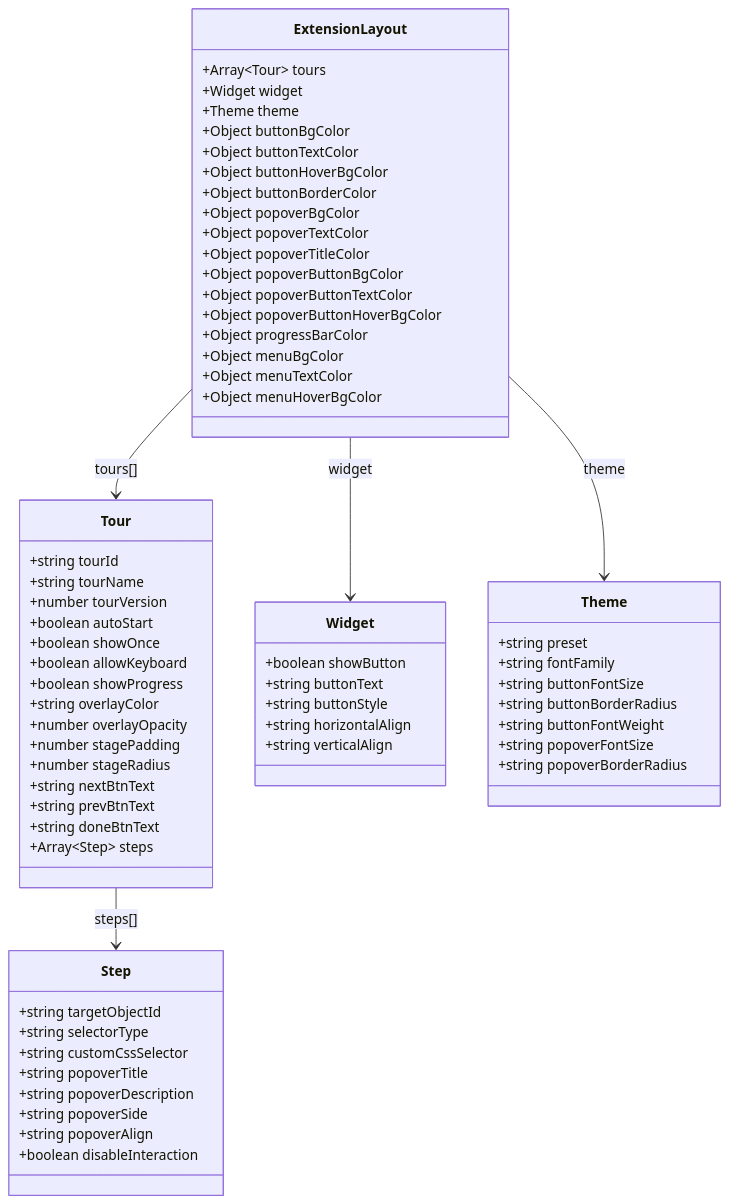
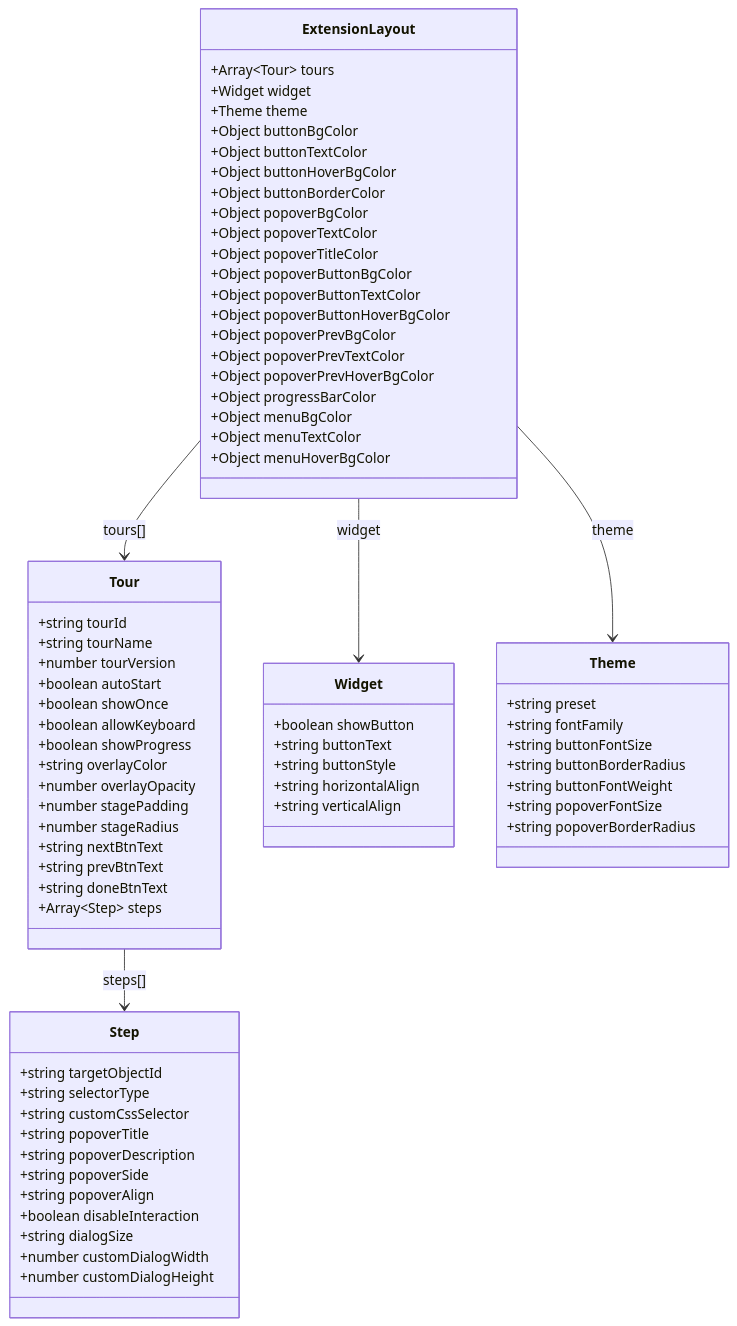
The first of 5 diagrams in docs/TOUR-SYSTEM.md (ptarmiganlabs/onboard.qs), drawn with Mermaid before and after one commit. The commit also changed other lines of this file and 7 other files, not shown here.

````diff
--- a/docs/TOUR-SYSTEM.md
+++ b/docs/TOUR-SYSTEM.md
@@ -9,74 +9,80 @@
 ```mermaid
 classDiagram
     class ExtensionLayout {
         +Array~Tour~ tours
         +Widget widget
         +Theme theme
         +Object buttonBgColor
         +Object buttonTextColor
         +Object buttonHoverBgColor
         +Object buttonBorderColor
         +Object popoverBgColor
         +Object popoverTextColor
         +Object popoverTitleColor
         +Object popoverButtonBgColor
         +Object popoverButtonTextColor
         +Object popoverButtonHoverBgColor
+        +Object popoverPrevBgColor
+        +Object popoverPrevTextColor
+        +Object popoverPrevHoverBgColor
         +Object progressBarColor
         +Object menuBgColor
         +Object menuTextColor
         +Object menuHoverBgColor
     }
 
     class Tour {
         +string tourId
         +string tourName
         +number tourVersion
         +boolean autoStart
         +boolean showOnce
         +boolean allowKeyboard
         +boolean showProgress
         +string overlayColor
         +number overlayOpacity
         +number stagePadding
         +number stageRadius
         +string nextBtnText
         +string prevBtnText
         +string doneBtnText
         +Array~Step~ steps
     }
 
     class Step {
         +string targetObjectId
         +string selectorType
         +string customCssSelector
         +string popoverTitle
         +string popoverDescription
         +string popoverSide
         +string popoverAlign
         +boolean disableInteraction
+        +string dialogSize
+        +number customDialogWidth
+        +number customDialogHeight
     }
 
     class Widget {
         +boolean showButton
         +string buttonText
         +string buttonStyle
         +string horizontalAlign
         +string verticalAlign
     }
 
     class Theme {
         +string preset
         +string fontFamily
         +string buttonFontSize
         +string buttonBorderRadius
         +string buttonFontWeight
         +string popoverFontSize
         +string popoverBorderRadius
     }
 
     ExtensionLayout --> Tour : tours[]
     ExtensionLayout --> Widget : widget
     ExtensionLayout --> Theme : theme
     Tour --> Step : steps[]
 ```
````
